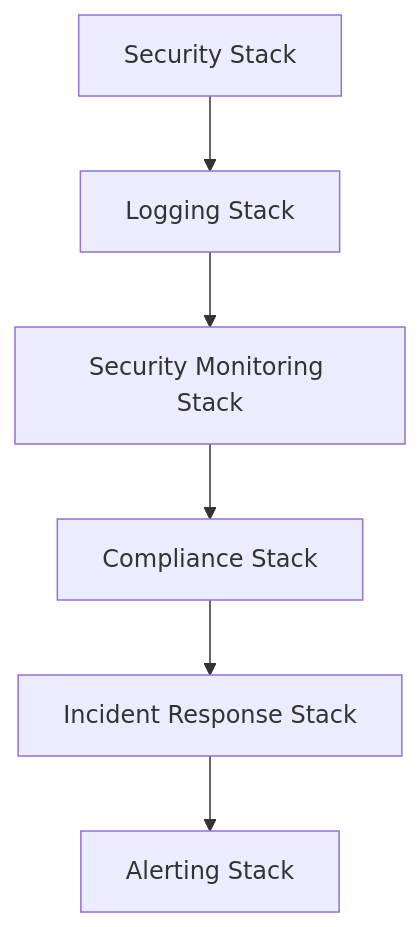
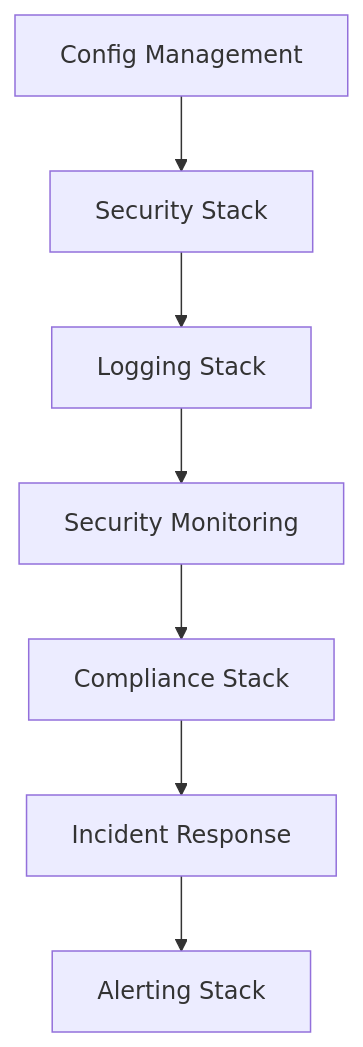
The second of 2 diagrams in README.md (milesfuller/aws-synapsed-org), drawn with Mermaid before and after one commit. The commit also changed other lines of this file and 30 other files, not shown here.

````diff
--- a/README.md
+++ b/README.md
@@ -238,8 +37,9 @@
 ```mermaid
 graph TD
-    A[Security Stack] --> B[Logging Stack]
-    B --> C[Security Monitoring Stack]
-    C --> D[Compliance Stack]
-    D --> E[Incident Response Stack]
-    E --> F[Alerting Stack]
+    Config[Config Management] --> Security[Security Stack]
+    Security --> Logging[Logging Stack]
+    Logging --> Monitoring[Security Monitoring]
+    Monitoring --> Compliance[Compliance Stack]
+    Compliance --> Incident[Incident Response]
+    Incident --> Alerting[Alerting Stack]
 ```
````
